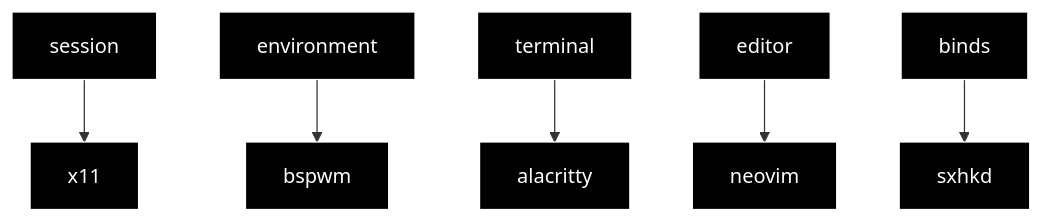
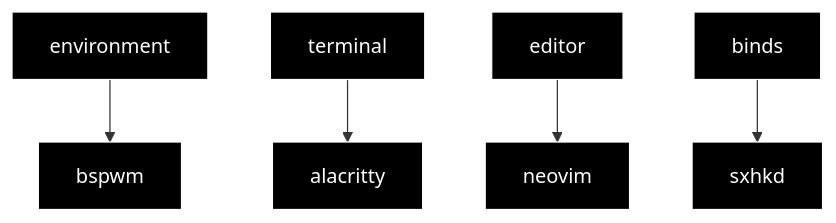
Before and after one commit to driversline/dotfiles: the diagram in README.md, drawn with Mermaid.

Commit message:
README.md

````diff
--- a/README.md
+++ b/README.md
@@ -1,9 +1,8 @@
 ```mermaid
 graph TD;
     classDef default fill:#000,stroke:#fff,stroke-width:1px,color:#fff;
-    session-->x11;
     environment-->bspwm;
     terminal-->alacritty;
     editor-->neovim;
     binds-->sxhkd;
 ```
````
